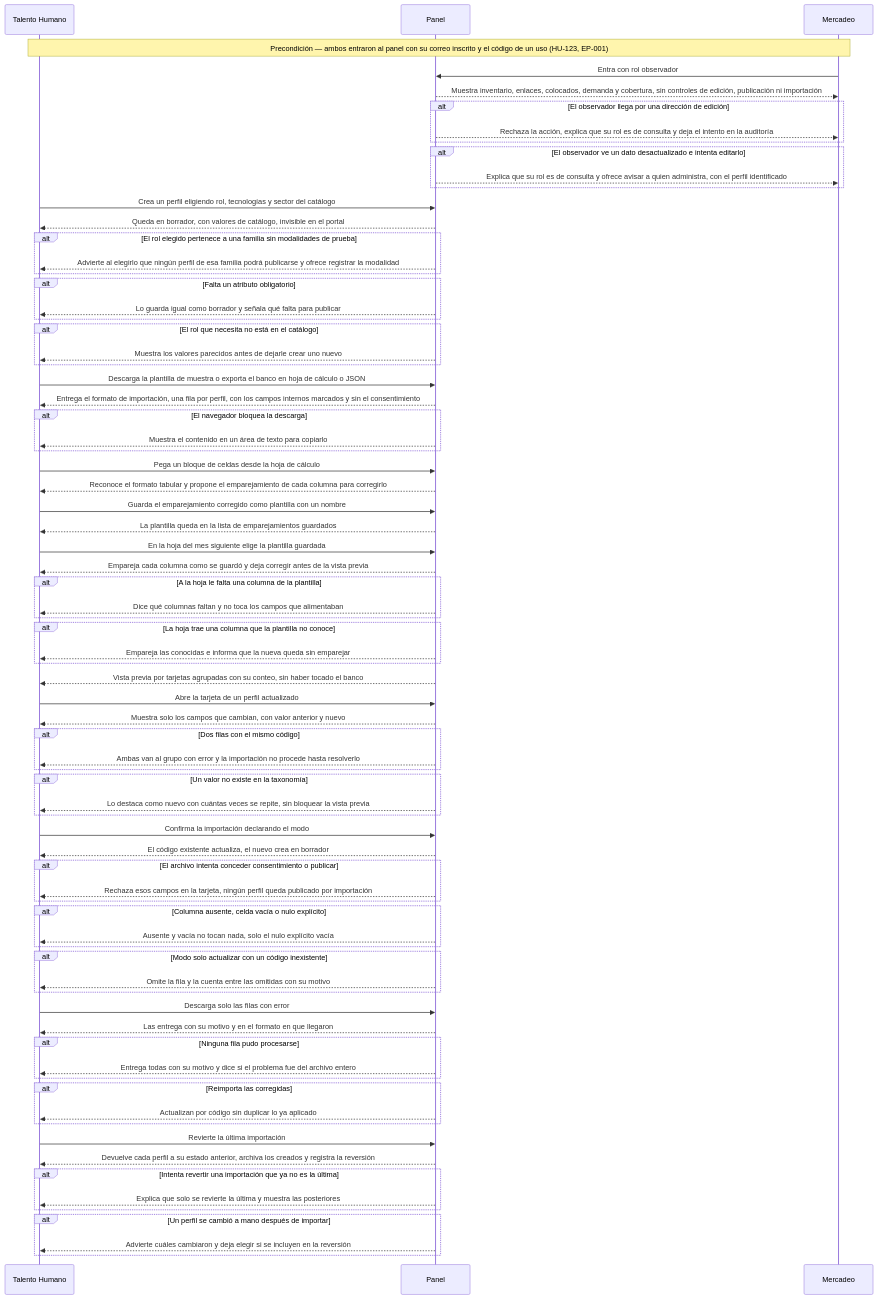
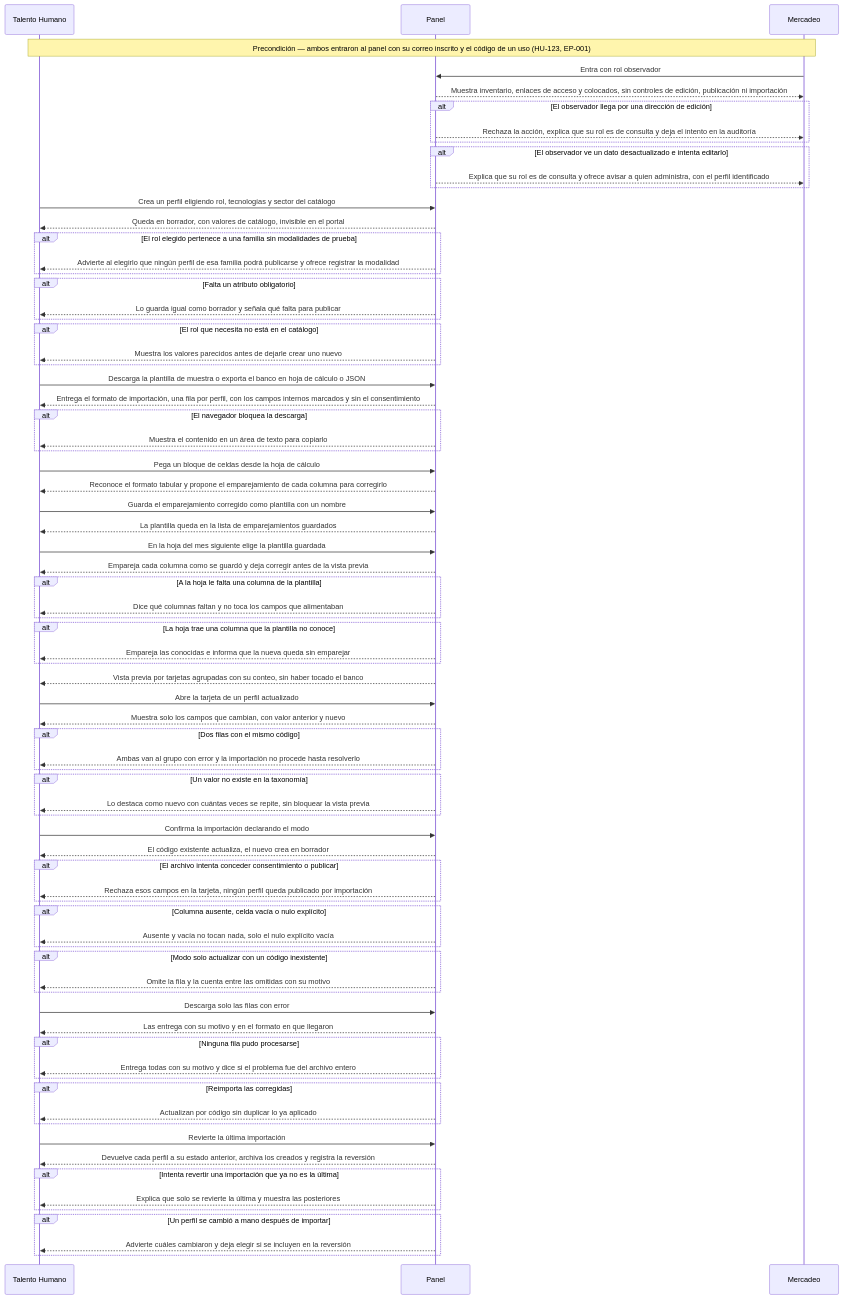
One commit to JesusSeguraCO/ps-app-neural changed the first of 3 diagrams in docs/06-flows/EP-006-administracion-del-inventario.md. Above: the diagram before and after it, drawn with Mermaid. The commit also changed other lines of this file and 14 other files, not shown here.

```diff
--- a/docs/06-flows/EP-006-administracion-del-inventario.md
+++ b/docs/06-flows/EP-006-administracion-del-inventario.md
@@ -23,7 +23,7 @@
   %% HU-124
   M->>P: Entra con rol observador
   %% HU-124
-  P-->>M: Muestra inventario, enlaces, colocados, demanda y cobertura, sin controles de edición, publicación ni importación
+  P-->>M: Muestra inventario, enlaces de acceso y colocados, sin controles de edición, publicación ni importación
 
   %% HU-124
   alt El observador llega por una dirección de edición
```
